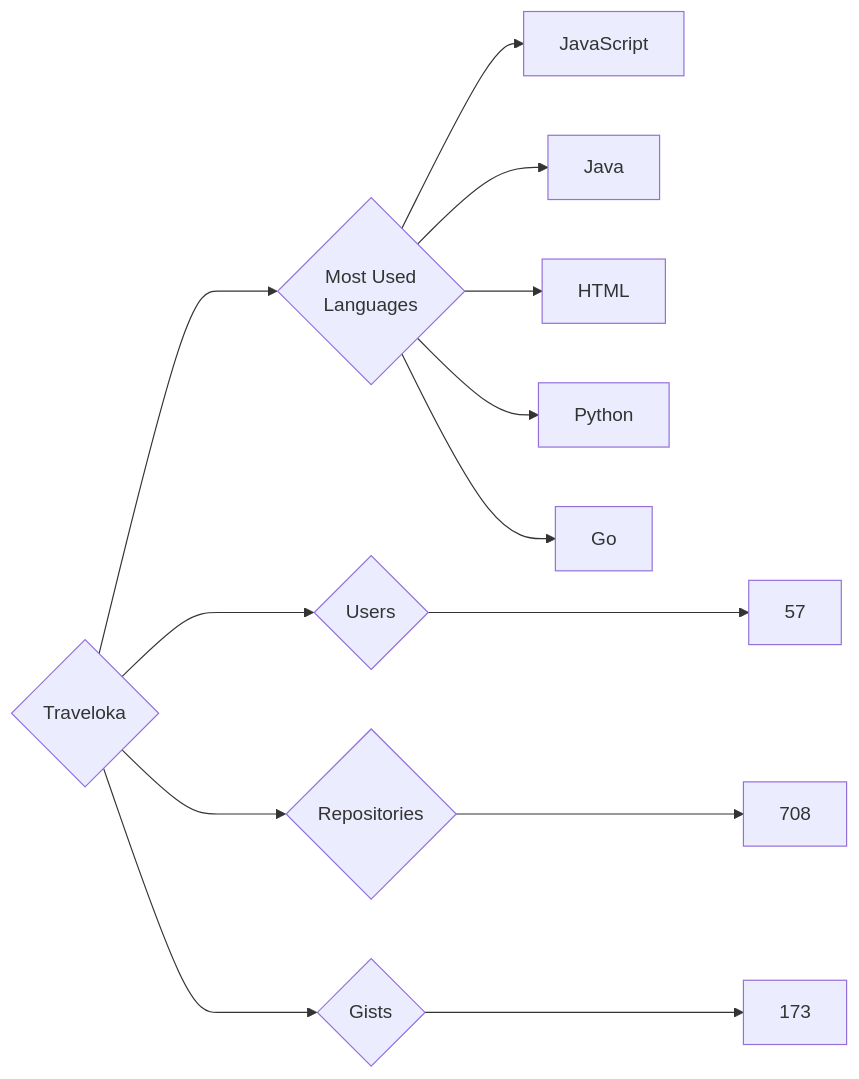
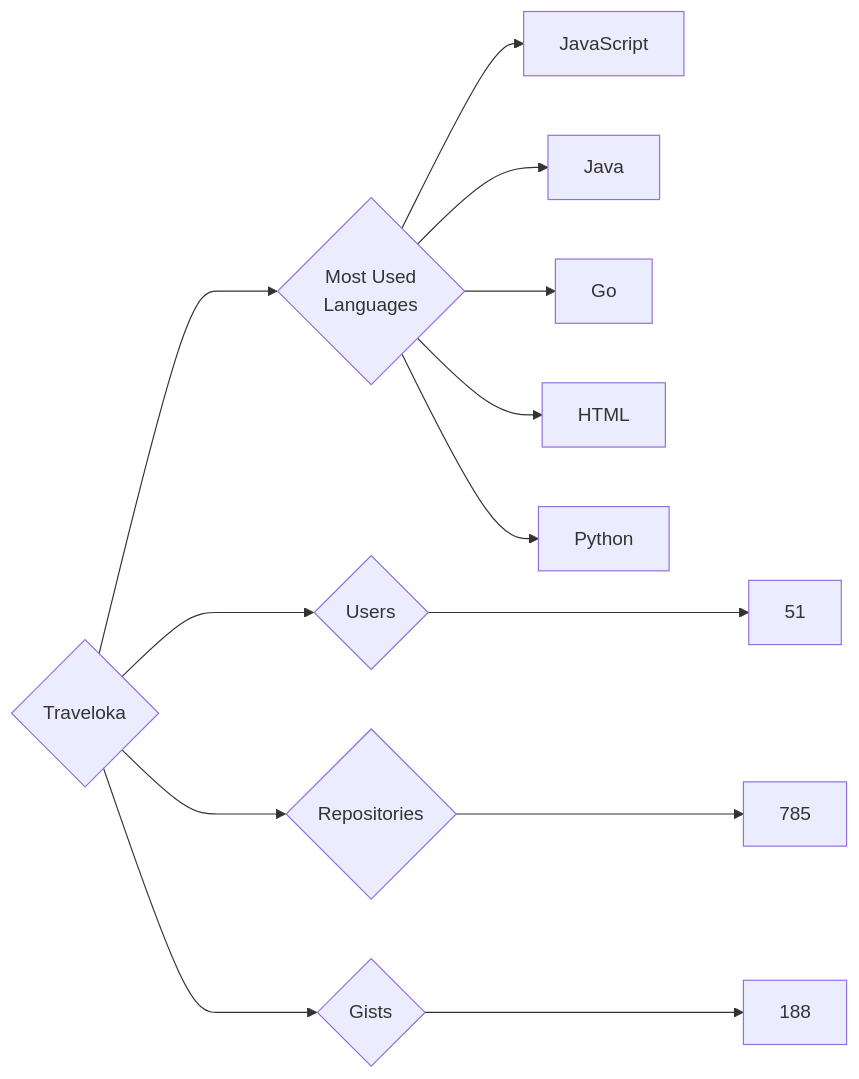
Before and after one commit to trickest/insiders: the diagram in targets/Traveloka/README.md, drawn with Mermaid. The commit also changed 964 other files, not shown here.

````diff
--- a/targets/Traveloka/README.md
+++ b/targets/Traveloka/README.md
@@ -3,13 +3,13 @@
 ```mermaid
 graph LR
 COMPANY_NAME{Traveloka}
-COMPANY_NAME ---> U{Users} ---> UN[57]
-COMPANY_NAME ---> R{Repositories} ---> RN[708]
-COMPANY_NAME ---> G{Gists} ---> GN[173]
+COMPANY_NAME ---> U{Users} ---> UN[51]
+COMPANY_NAME ---> R{Repositories} ---> RN[785]
+COMPANY_NAME ---> G{Gists} ---> GN[188]
 COMPANY_NAME ---> ML{Most Used<br>Languages}
 ML --> JavaScript[JavaScript]
 ML --> Java[Java]
+ML --> Go[Go]
 ML --> HTML[HTML]
 ML --> Python[Python]
-ML --> Go[Go]
 ```
````
